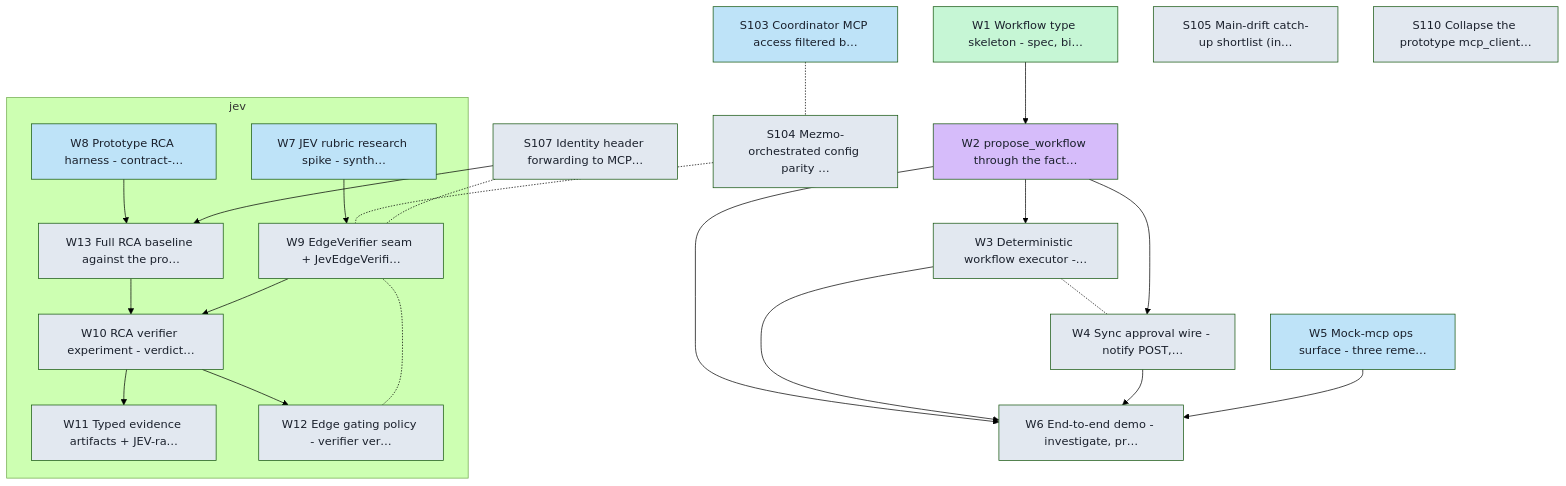
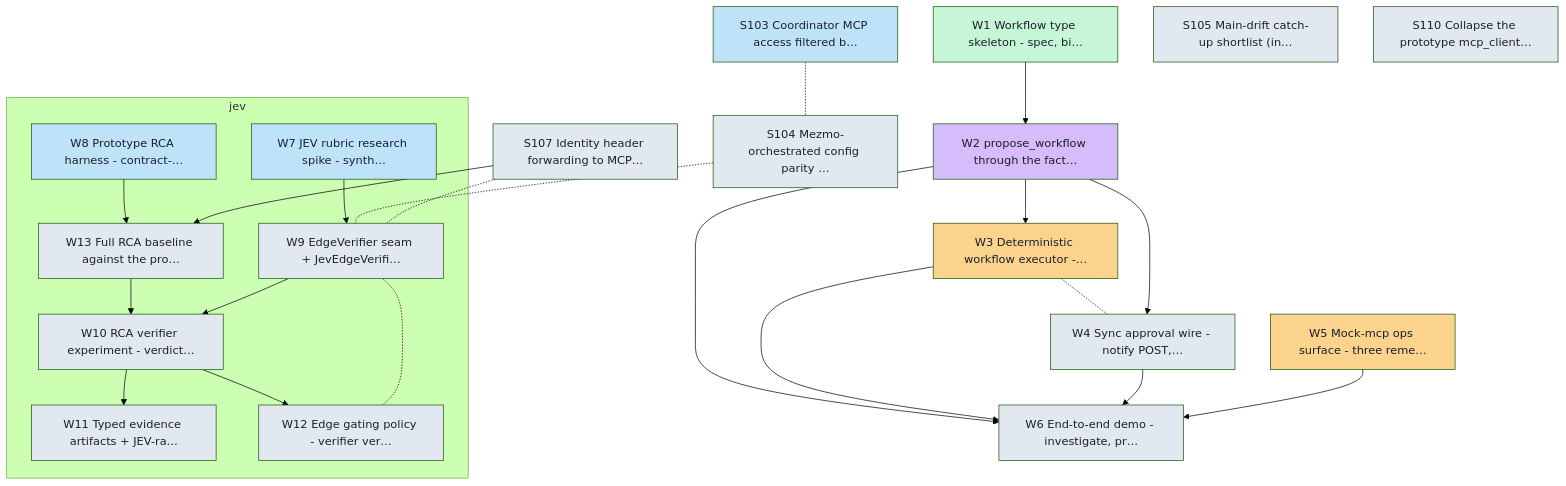
Before and after one commit to Shearerbeard/agent-driver-prototype: the diagram in docs/board/cards/graph.md, drawn with Mermaid (forest theme). The commit also changed 4 other files, not shown here.

````diff
--- a/docs/board/cards/graph.md
+++ b/docs/board/cards/graph.md
@@ -8,47 +8,47 @@
 ```mermaid
 flowchart TD
   classDef backlog fill:#e2e8f0,color:#1a202c;
   classDef ready fill:#bee3f8,color:#1a202c;
   classDef inprogress fill:#fbd38d,color:#1a202c;
   classDef inreview fill:#d6bcfa,color:#1a202c;
   classDef done fill:#c6f6d5,color:#1a202c;
   subgraph lane_jev["jev"]
     W7["W7 JEV rubric research spike - synth…"]:::ready
     W8["W8 Prototype RCA harness - contract-…"]:::ready
     W9["W9 EdgeVerifier seam + JevEdgeVerifi…"]:::backlog
     W10["W10 RCA verifier experiment - verdict…"]:::backlog
     W11["W11 Typed evidence artifacts + JEV-ra…"]:::backlog
     W12["W12 Edge gating policy - verifier ver…"]:::backlog
     W13["W13 Full RCA baseline against the pro…"]:::backlog
   end
   W1["W1 Workflow type skeleton - spec, bi…"]:::done
   W2["W2 propose_workflow through the fact…"]:::inreview
-  W3["W3 Deterministic workflow executor -…"]:::backlog
+  W3["W3 Deterministic workflow executor -…"]:::inprogress
   W4["W4 Sync approval wire - notify POST,…"]:::backlog
-  W5["W5 Mock-mcp ops surface - three reme…"]:::ready
+  W5["W5 Mock-mcp ops surface - three reme…"]:::inprogress
   W6["W6 End-to-end demo - investigate, pr…"]:::backlog
   S103["S103 Coordinator MCP access filtered b…"]:::ready
   S104["S104 Mezmo-orchestrated config parity …"]:::backlog
   S105["S105 Main-drift catch-up shortlist (in…"]:::backlog
   S107["S107 Identity header forwarding to MCP…"]:::backlog
   S110["S110 Collapse the prototype mcp_client…"]:::backlog
   W1 --> W2
   W2 --> W3
   W3 -.- W4
   W2 --> W4
   W2 --> W6
   W3 --> W6
   W4 --> W6
   W5 --> W6
   W7 --> W9
   W13 --> W10
   W9 --> W10
   W10 --> W11
   W10 --> W12
   W12 -.- W9
   W8 --> W13
   S107 --> W13
   S103 -.- S104
   S104 -.- W9
   S107 -.- W9
 ```
````
